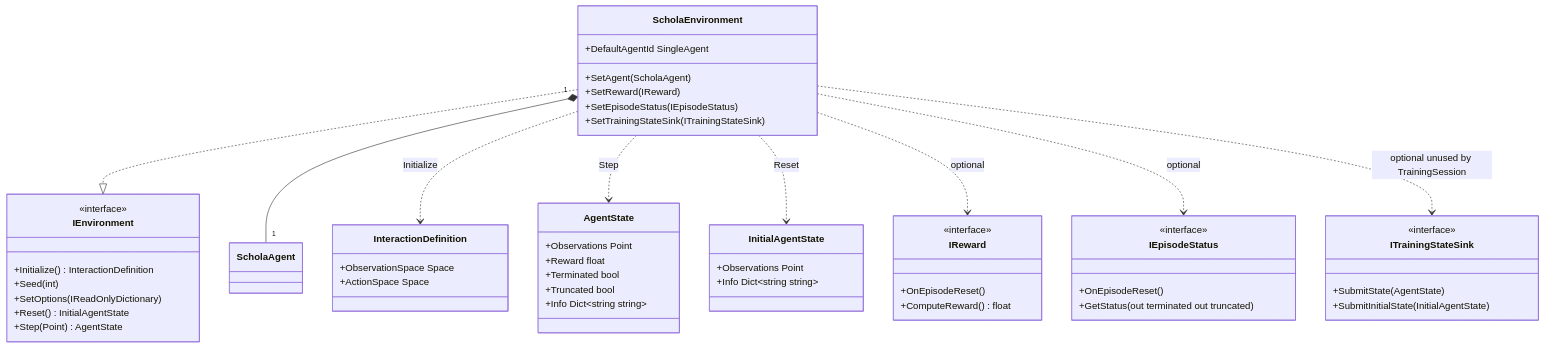
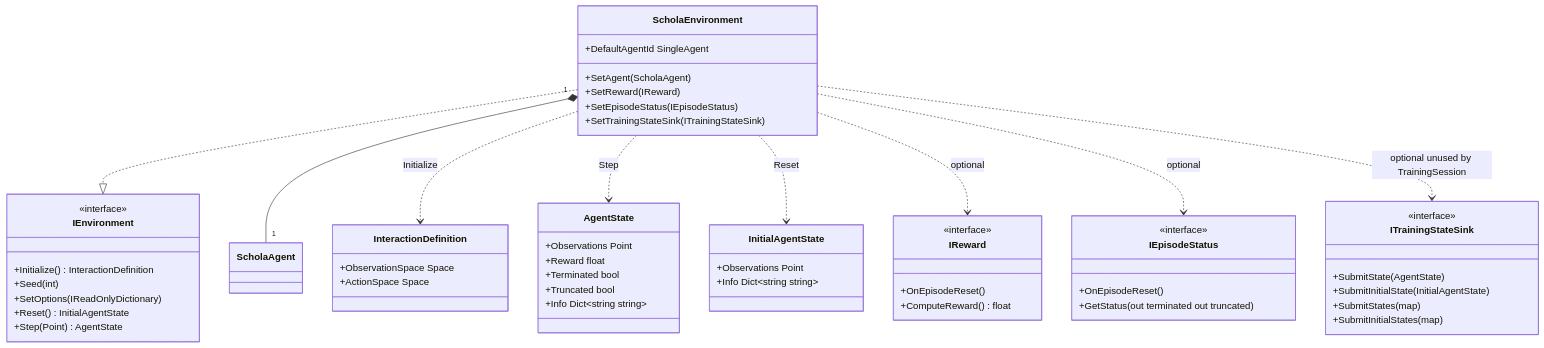
Before and after one commit to GPUOpen-LibrariesAndSDKs/Schola: the fifth of 13 diagrams in Unity/com.amd.schola/Documentation~/architecture/us1-us4-uml.md, drawn with Mermaid. The commit also changed other lines of this file, not shown here.

````diff
--- a/Unity/com.amd.schola/Documentation~/architecture/us1-us4-uml.md
+++ b/Unity/com.amd.schola/Documentation~/architecture/us1-us4-uml.md
@@ -266,63 +266,65 @@
 ```mermaid
 classDiagram
   direction TB
 
   class IEnvironment {
     <<interface>>
     +Initialize() InteractionDefinition
     +Seed(int)
     +SetOptions(IReadOnlyDictionary)
     +Reset() InitialAgentState
     +Step(Point) AgentState
   }
   class ScholaEnvironment {
     +DefaultAgentId SingleAgent
     +SetAgent(ScholaAgent)
     +SetReward(IReward)
     +SetEpisodeStatus(IEpisodeStatus)
     +SetTrainingStateSink(ITrainingStateSink)
   }
   class InteractionDefinition {
     +ObservationSpace Space
     +ActionSpace Space
   }
   class AgentState {
     +Observations Point
     +Reward float
     +Terminated bool
     +Truncated bool
     +Info Dict~string string~
   }
   class InitialAgentState {
     +Observations Point
     +Info Dict~string string~
   }
   class IReward {
     <<interface>>
     <<placeholder>>
     +OnEpisodeReset()
     +ComputeReward() float
   }
   class IEpisodeStatus {
     <<interface>>
     <<placeholder>>
     +OnEpisodeReset()
     +GetStatus(out terminated out truncated)
   }
   class ITrainingStateSink {
     <<interface>>
     <<placeholder>>
     +SubmitState(AgentState)
     +SubmitInitialState(InitialAgentState)
+    +SubmitStates(map)
+    +SubmitInitialStates(map)
   }
   class ScholaAgent
 
   ScholaEnvironment ..|> IEnvironment
   ScholaEnvironment "1" *-- "1" ScholaAgent
   ScholaEnvironment ..> InteractionDefinition : Initialize
   ScholaEnvironment ..> AgentState : Step
   ScholaEnvironment ..> InitialAgentState : Reset
   ScholaEnvironment ..> IReward : optional
   ScholaEnvironment ..> IEpisodeStatus : optional
   ScholaEnvironment ..> ITrainingStateSink : optional unused by TrainingSession
 ```
````
